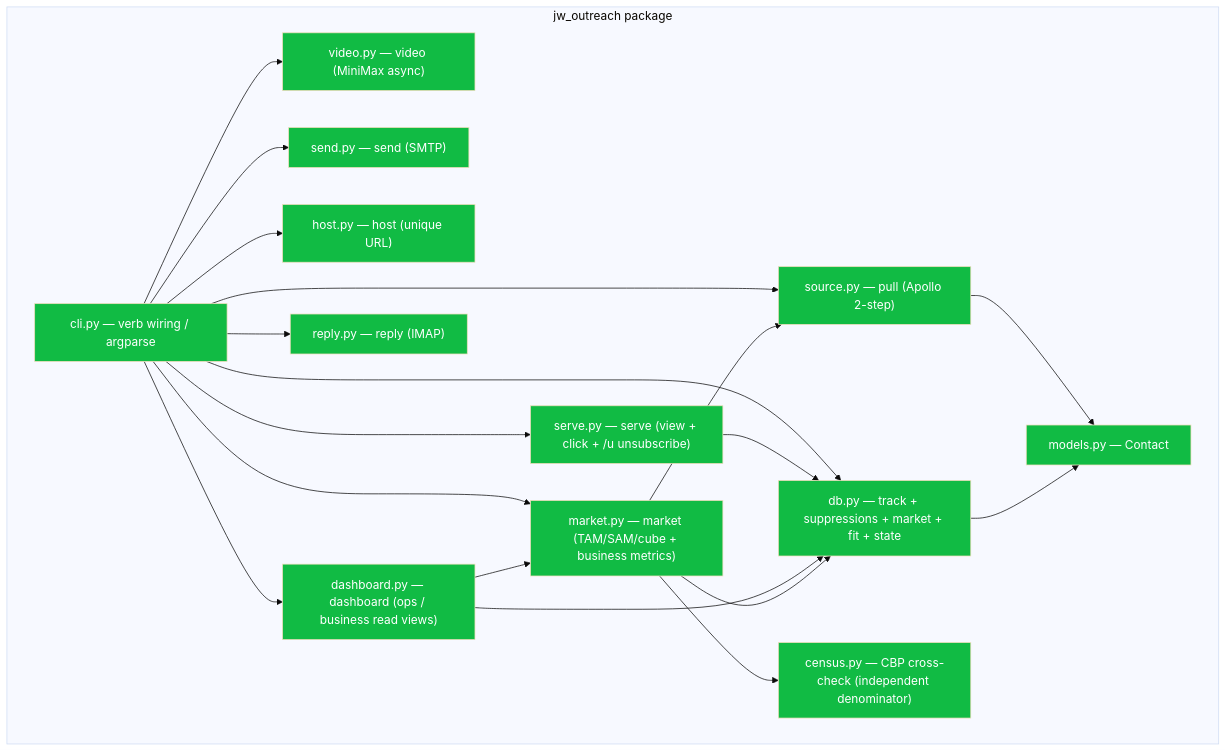
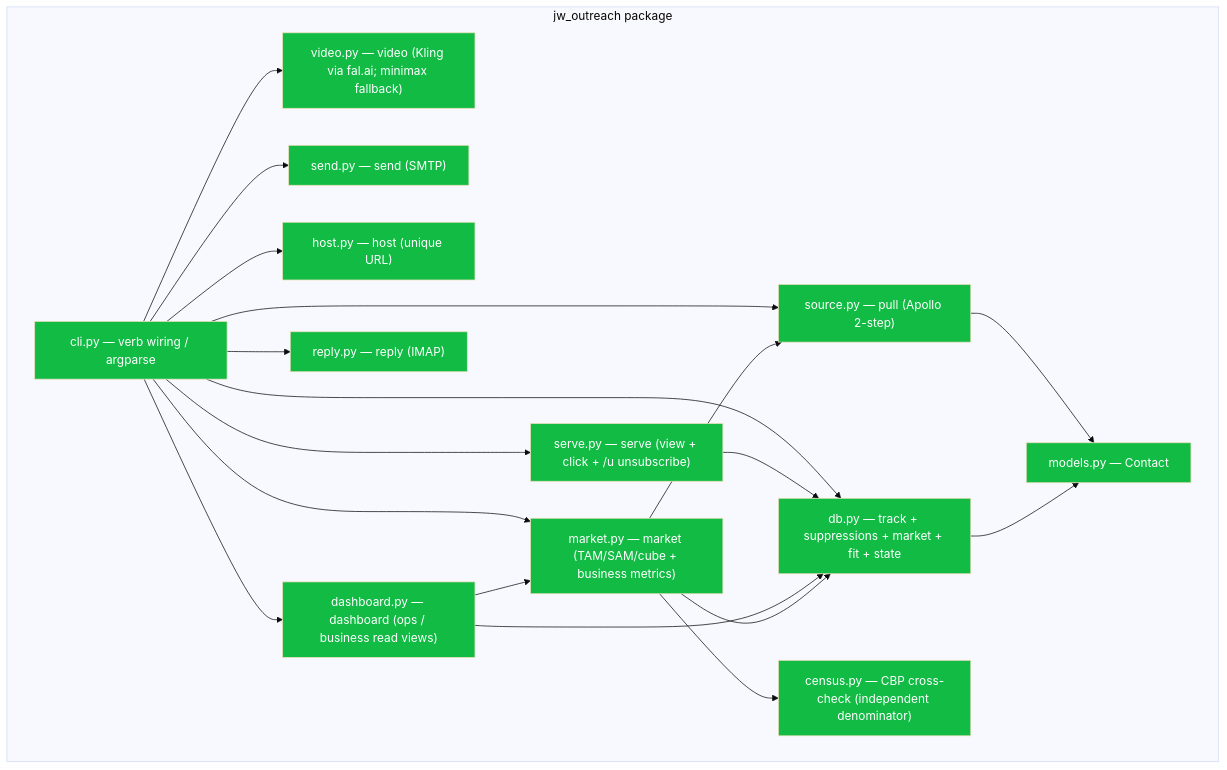
Before and after one commit to sancovp/twi-jobworld: the first of 9 diagrams in connectors/outreach/FLOWS.md, drawn with Mermaid (base theme). The commit also changed other lines of this file and 17 other files, not shown here.

First line of the commit message:
Add Instantly + Kling(fal.ai) backends, preflight gate, honest warmup/video docs

````diff
--- a/connectors/outreach/FLOWS.md
+++ b/connectors/outreach/FLOWS.md
@@ -10,25 +10,25 @@
 ```mermaid
 flowchart TB
   subgraph pkg["jw_outreach package"]
     CLI["cli.py — verb wiring / argparse"]
     SRC["source.py — pull (Apollo 2-step)"]
-    VID["video.py — video (MiniMax async)"]
+    VID["video.py — video (Kling via fal.ai; minimax fallback)"]
     SND["send.py — send (SMTP)"]
     HST["host.py — host (unique URL)"]
     SRV["serve.py — serve (view + click + /u unsubscribe)"]
     DSH["dashboard.py — dashboard (ops / business read views)"]
     MKT["market.py — market (TAM/SAM/cube + business metrics)"]
     CEN["census.py — CBP cross-check (independent denominator)"]
     RPL["reply.py — reply (IMAP)"]
     DBM["db.py — track + suppressions + market + fit + state"]
     MOD["models.py — Contact"]
   end
   CLI --> SRC & VID & SND & HST & SRV & DSH & MKT & RPL & DBM
   SRC --> MOD
   DBM --> MOD
   SRV --> DBM
   DSH --> DBM & MKT
   MKT --> DBM & SRC & CEN
   classDef code fill:#1b4,color:#fff
   class CLI,SRC,VID,SND,HST,SRV,DSH,MKT,CEN,RPL,DBM,MOD code
 ```
````
